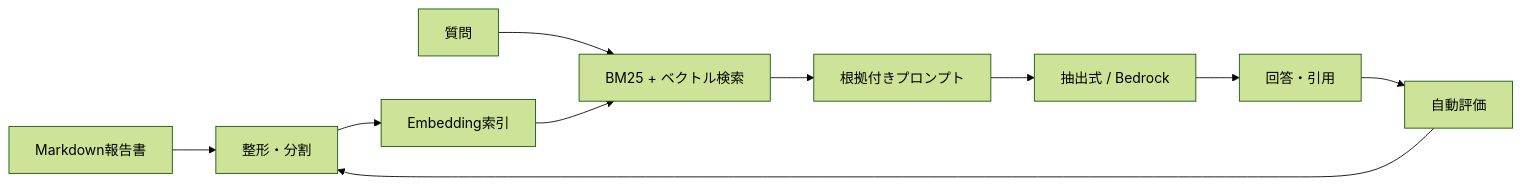
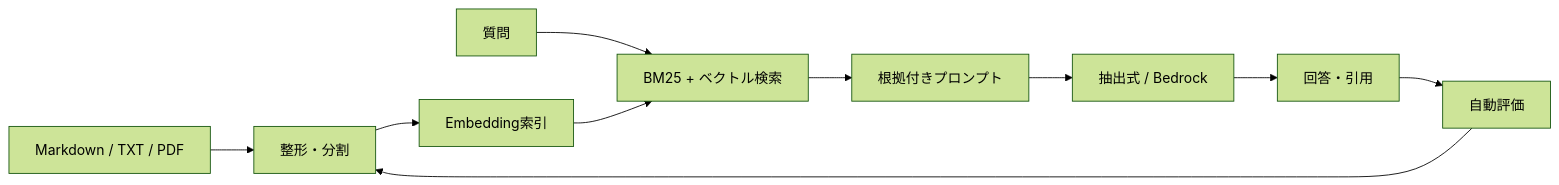
Before and after one commit to raiulab/space-rag-lab: the diagram in README.md, drawn with Mermaid (forest theme). The commit also changed other lines of this file and 15 other files, not shown here.

````diff
--- a/README.md
+++ b/README.md
@@ -19,12 +33,12 @@
 ```mermaid
 flowchart LR
-    A[Markdown報告書] --> B[整形・分割]
+    A[Markdown / TXT / PDF] --> B[整形・分割]
     B --> C[Embedding索引]
     Q[質問] --> D[BM25 + ベクトル検索]
     C --> D
     D --> E[根拠付きプロンプト]
     E --> F[抽出式 / Bedrock]
     F --> G[回答・引用]
     G --> H[自動評価]
     H --> B
 ```
````
